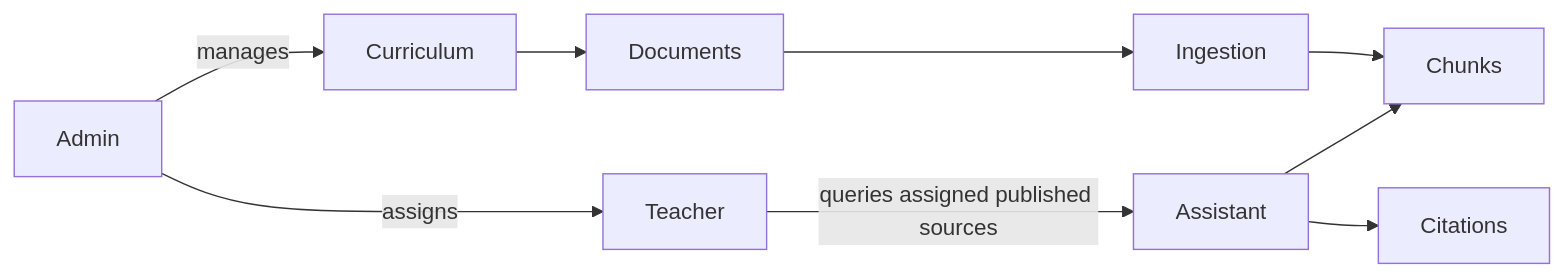
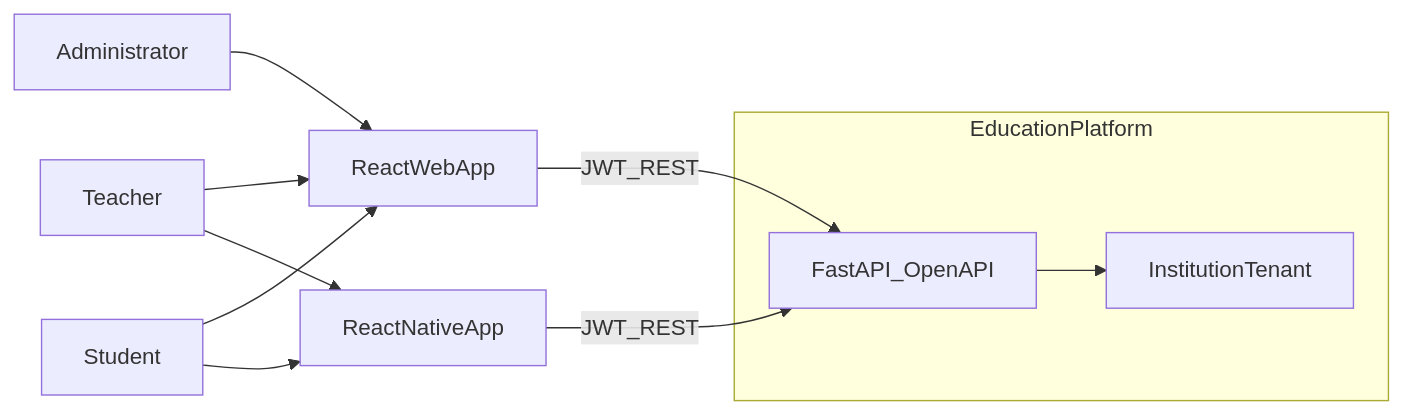
The first of 10 diagrams in docs/architecture.md (aushakanuj/education-platform), drawn with Mermaid before and after one commit. The commit also changed other lines of this file and 12 other files, not shown here.

````diff
--- a/docs/architecture.md
+++ b/docs/architecture.md
@@ -7,11 +18,22 @@
 ```mermaid
 flowchart LR
-    Admin -->|manages| Curriculum
-    Admin -->|assigns| Teacher
-    Curriculum --> Documents
-    Documents --> Ingestion
-    Ingestion --> Chunks
-    Teacher -->|queries assigned published sources| Assistant
-    Assistant --> Chunks
-    Assistant --> Citations
+    Web[ReactWebApp]
+    Mobile[ReactNativeApp]
+    Admin[Administrator]
+    Teacher[Teacher]
+    Student[Student]
+
+    subgraph Platform[EducationPlatform]
+        Api[FastAPI_OpenAPI]
+        Tenant[InstitutionTenant]
+    end
+
+    Admin --> Web
+    Teacher --> Web
+    Student --> Web
+    Student --> Mobile
+    Teacher --> Mobile
+    Web -->|JWT_REST| Api
+    Mobile -->|JWT_REST| Api
+    Api --> Tenant
 ```
````
